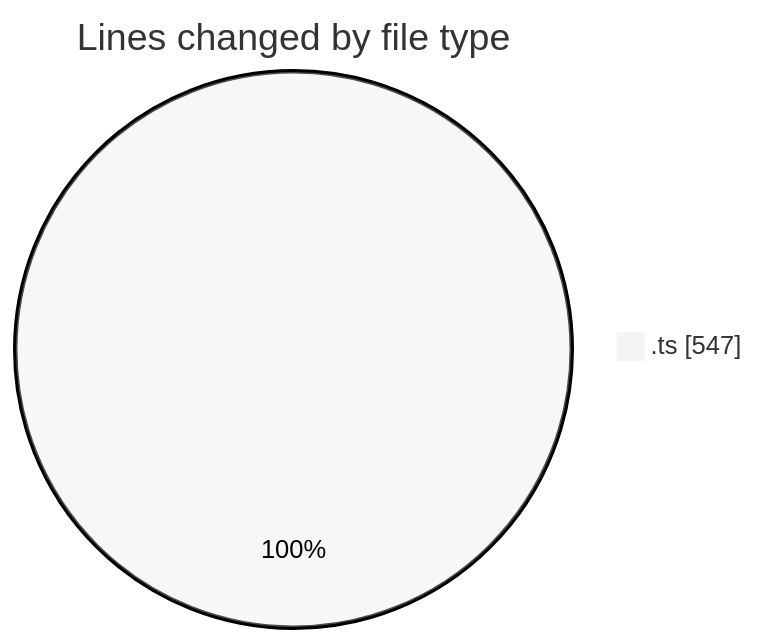
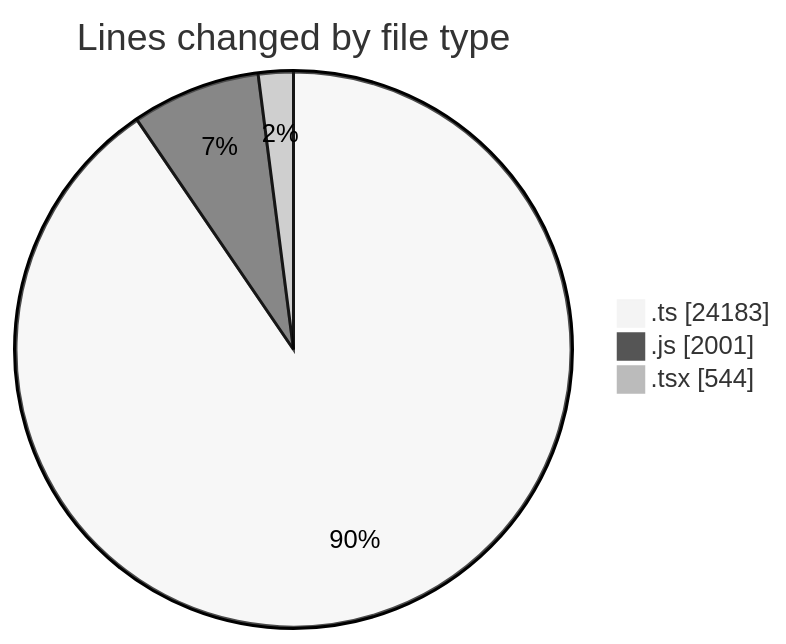
Before and after one commit to momahboobian/code-tracking: the first of 2 diagrams in 2025-06-20/cda/README.md, drawn with Mermaid (neutral theme). The commit also changed other lines of this file and 1 other file, not shown here.

````diff
--- a/2025-06-20/cda/README.md
+++ b/2025-06-20/cda/README.md
@@ -21,5 +34,7 @@
 ```mermaid
 pie showData
 title Lines changed by file type
-".ts" : 547
+".ts" : 24183
+".js" : 2001
+".tsx" : 544
 ```
````
